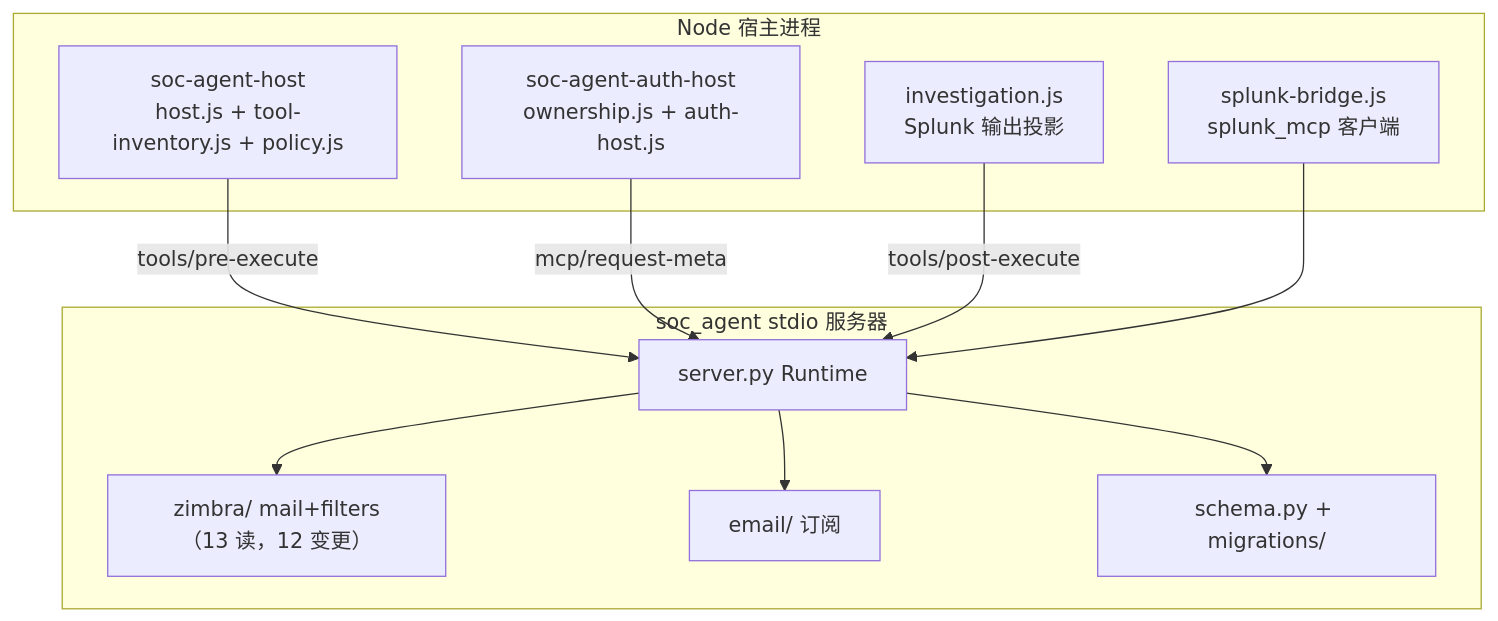
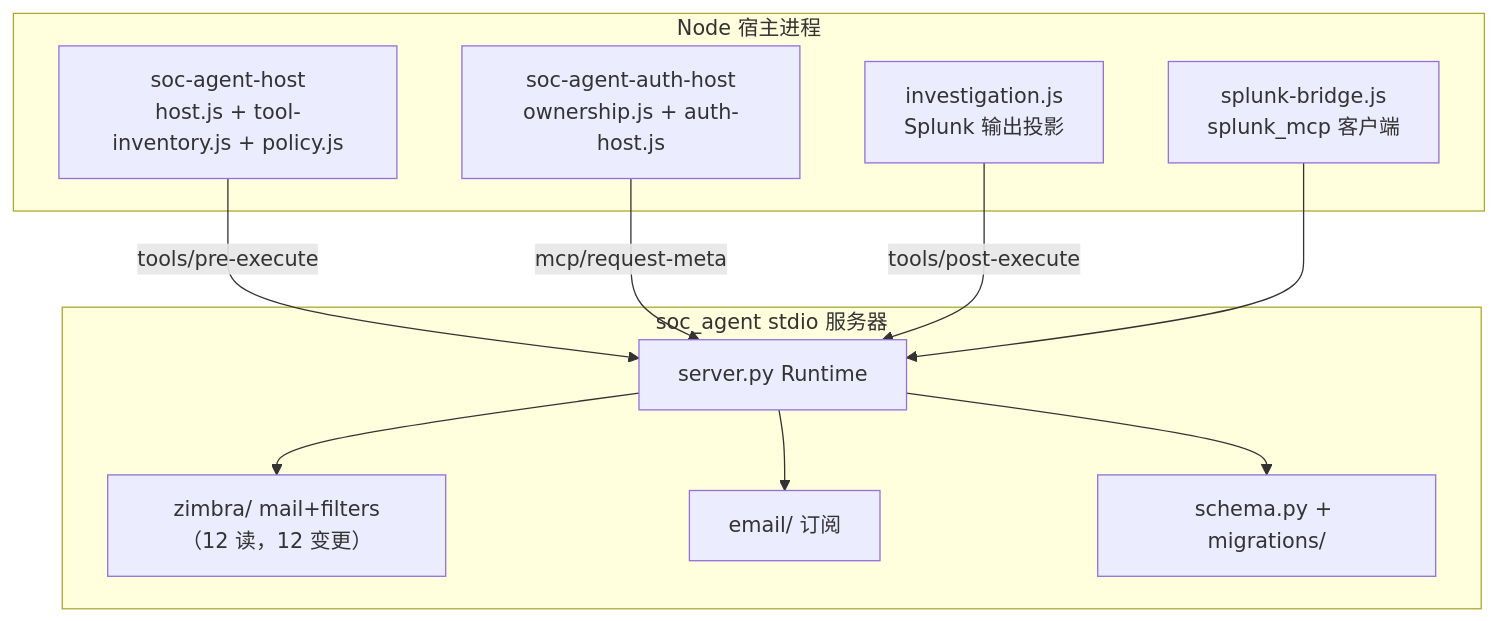
The second of 2 diagrams in docs/zh/ARCHITECTURE.md (Benchan691/CITIC_AGENT), drawn with Mermaid before and after one commit. The commit also changed other lines of this file and 46 other files, not shown here.

````diff
--- a/docs/zh/ARCHITECTURE.md
+++ b/docs/zh/ARCHITECTURE.md
@@ -61,21 +61,21 @@
 ```mermaid
 flowchart TB
     subgraph NodeHost[Node 宿主进程]
         AH[soc-agent-auth-host<br/>ownership.js + auth-host.js]
         HH[soc-agent-host<br/>host.js + tool-inventory.js + policy.js]
         INV[investigation.js<br/>Splunk 输出投影]
         SB[splunk-bridge.js<br/>splunk_mcp 客户端]
     end
     subgraph Python[soc_agent stdio 服务器]
         RT[server.py Runtime]
-        MAIL[zimbra/ mail+filters（13 读，12 变更）]
+        MAIL[zimbra/ mail+filters（12 读，12 变更）]
         SUB[email/ 订阅]
         MIG[schema.py + migrations/]
     end
     HH -->|tools/pre-execute| RT
     AH -->|mcp/request-meta| RT
     INV -->|tools/post-execute| RT
     SB --> RT
     RT --> MAIL & SUB
     RT --> MIG
 ```
````
